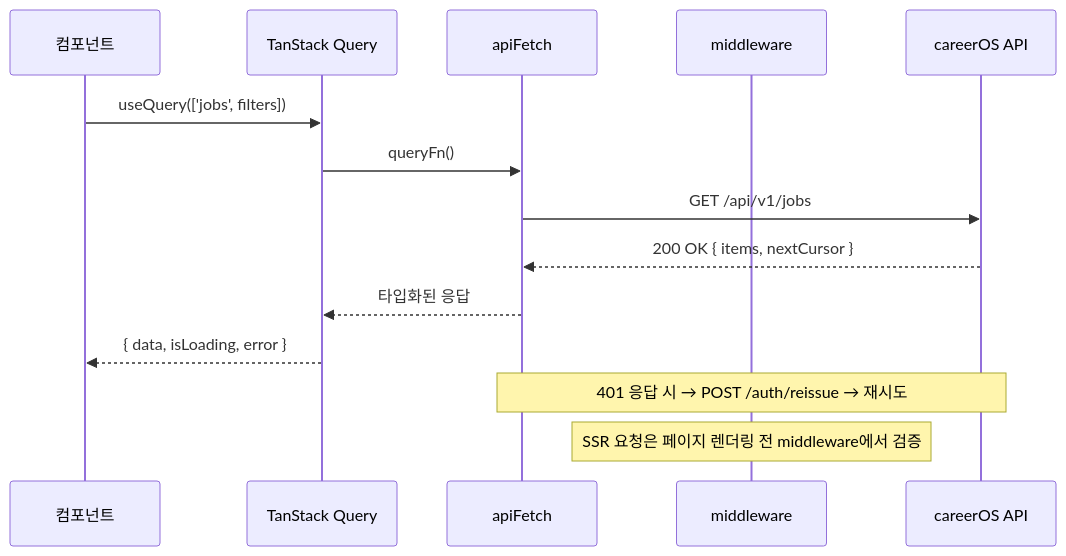
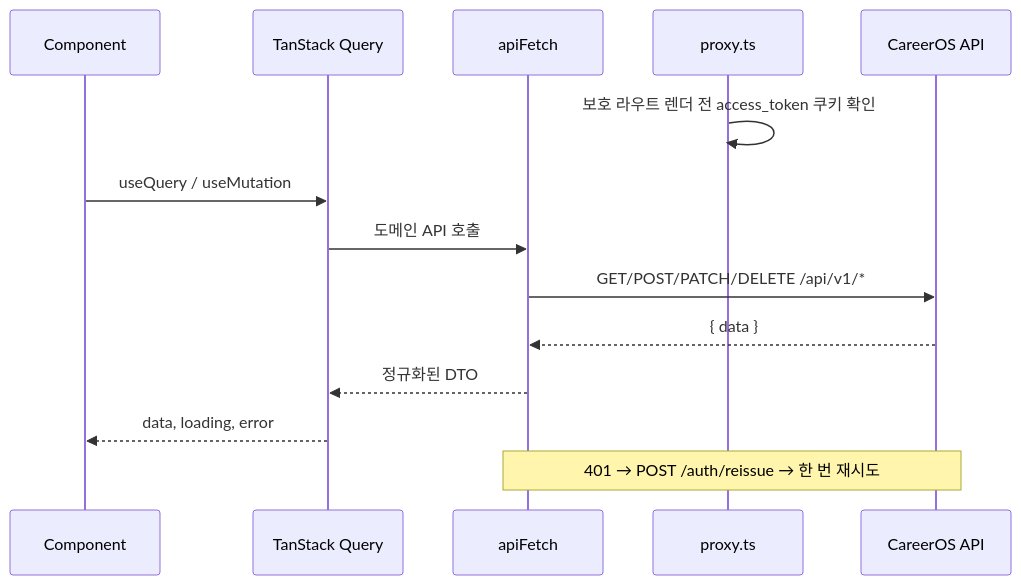
The diagram in wiki/architecture.ko.md (leebeanbin/careeros-web), drawn with Mermaid before and after one commit. The commit also changed other lines of this file and 16 other files, not shown here.

Commit message:
docs: align design system and architecture guides

````diff
--- a/wiki/architecture.ko.md
+++ b/wiki/architecture.ko.md
@@ -23,18 +20,17 @@
 ```mermaid
 sequenceDiagram
-  participant C as 컴포넌트
+  participant C as Component
   participant Q as TanStack Query
   participant F as apiFetch
-  participant M as middleware
-  participant B as careerOS API
+  participant P as proxy.ts
+  participant B as CareerOS API
 
-  C->>Q: useQuery(['jobs', filters])
-  Q->>F: queryFn()
-  F->>B: GET /api/v1/jobs
-  B-->>F: 200 OK { items, nextCursor }
-  F-->>Q: 타입화된 응답
-  Q-->>C: { data, isLoading, error }
-
-  note over F,B: 401 응답 시 → POST /auth/reissue → 재시도
-  note over M: SSR 요청은 페이지 렌더링 전 middleware에서 검증
+  P->>P: 보호 라우트 렌더 전 access_token 쿠키 확인
+  C->>Q: useQuery / useMutation
+  Q->>F: 도메인 API 호출
+  F->>B: GET/POST/PATCH/DELETE /api/v1/*
+  B-->>F: { data }
+  F-->>Q: 정규화된 DTO
+  Q-->>C: data, loading, error
+  note over F,B: 401 → POST /auth/reissue → 한 번 재시도
 ```
````
